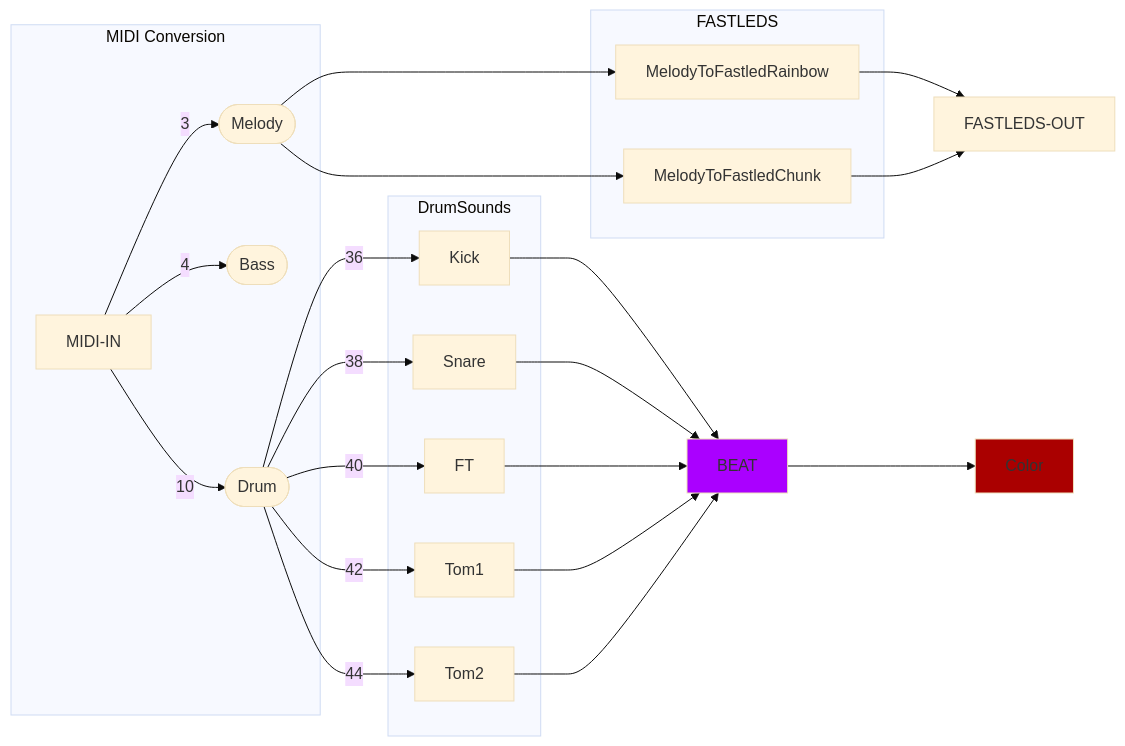
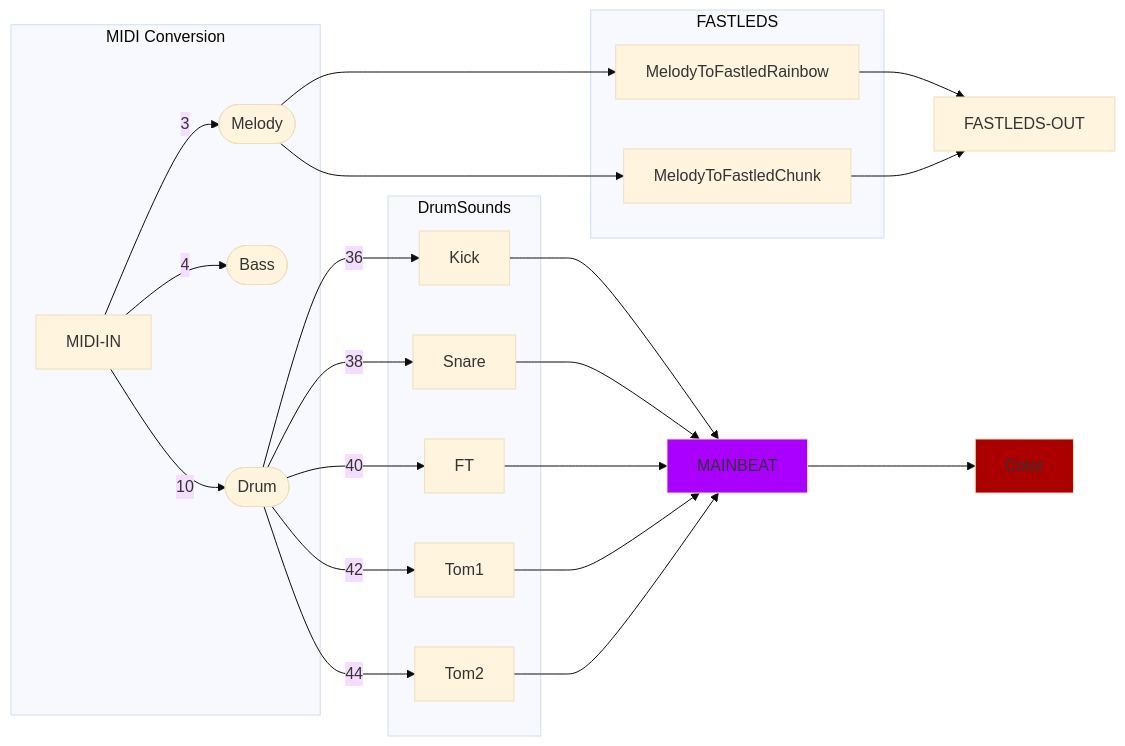
One commit to Edt-2000/Edt-2000 changed the diagram in TypeScript/Edt-Controller/src/app/pages/active-presets-controller/mermaid/visual.mermaid. Above: the diagram before and after it, drawn with Mermaid (base theme). The commit also changed 23 other files, not shown here.

First line of the commit message:
wip: mermaid improvements in progress

```diff
--- a/TypeScript/Edt-Controller/src/app/pages/active-presets-controller/mermaid/visual.mermaid
+++ b/TypeScript/Edt-Controller/src/app/pages/active-presets-controller/mermaid/visual.mermaid
@@ -1,31 +1,31 @@
 flowchart LR
   subgraph MIDI Conversion
     MIDI-IN -->|3| Melody([Melody])
     MIDI-IN -->|4| Bass([Bass])
     MIDI-IN -->|10| Drum([Drum])
   end
 
   subgraph FASTLEDS
     Melody --> MelodyToFastledRainbow
     Melody ---> MelodyToFastledChunk
   end
 
   MelodyToFastledRainbow --> FASTLEDS-OUT
   MelodyToFastledChunk --> FASTLEDS-OUT
 
   subgraph DrumSounds
     Drum -->|36| Kick
     Drum -->|38| Snare
     Drum -->|40| FT
     Drum -->|42| Tom1
     Drum -->|44| Tom2
   end
 
-  Kick --> BEAT
-  Snare --> BEAT
-  FT --> BEAT
-  Tom1 --> BEAT
-  Tom2 --> BEAT
-  BEAT --> Color
+  Kick --> MAINBEAT
+  Snare --> MAINBEAT
+  FT --> MAINBEAT
+  Tom1 --> MAINBEAT
+  Tom2 --> MAINBEAT
+  MAINBEAT --> Color
   style Color fill: #aa0000
-  style BEAT fill: #aa00ff
+  style MAINBEAT fill: #aa00ff
```
